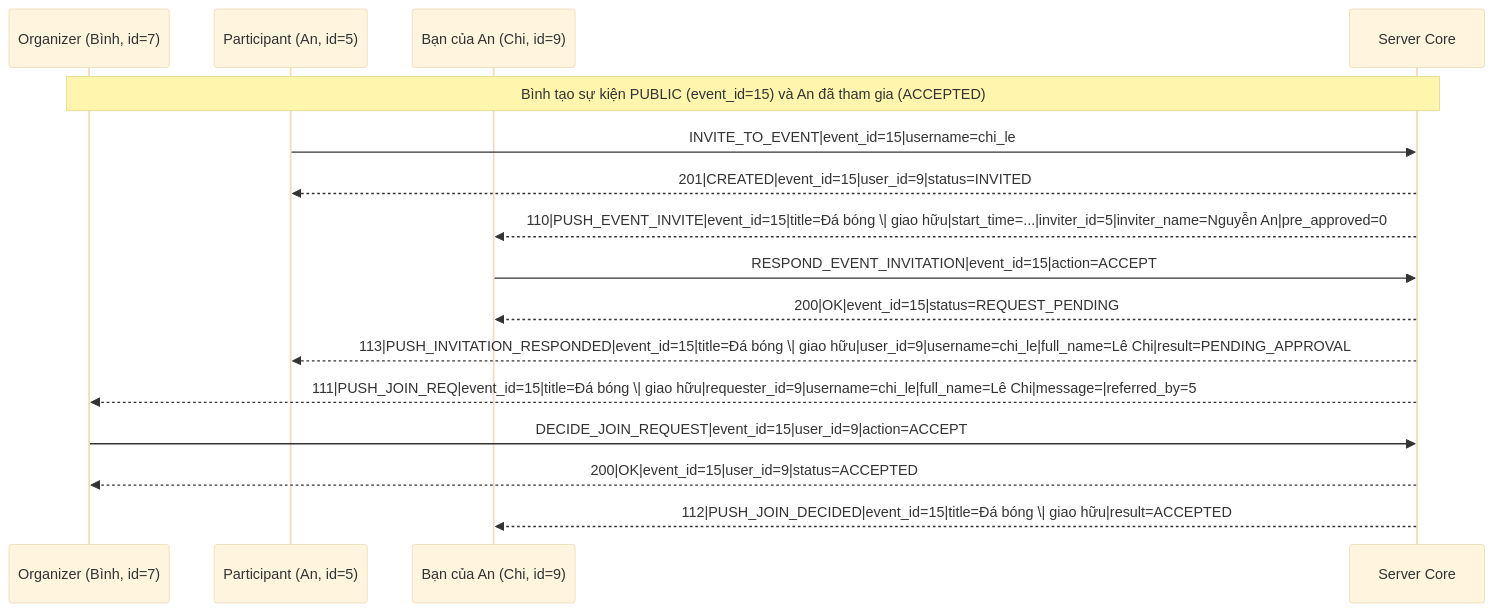
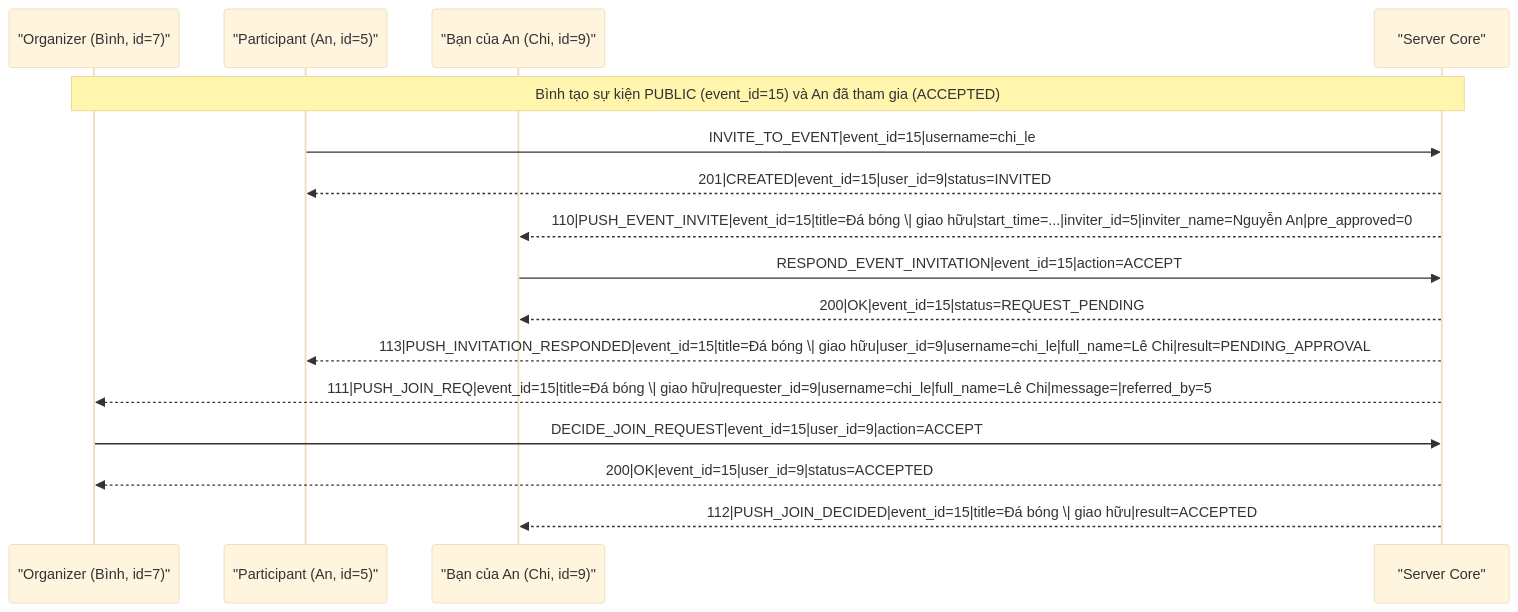
One commit to SonNX24042005/eventora changed the third of 3 diagrams in docs/PROTOCOL_SPEC.md. Above: the diagram before and after it, drawn with Mermaid (base theme). The commit also changed other lines of this file and 2 other files, not shown here.

````diff
--- a/docs/PROTOCOL_SPEC.md
+++ b/docs/PROTOCOL_SPEC.md
@@ -1015,21 +1023,21 @@
 ```mermaid
 sequenceDiagram
-    participant O as Organizer (Bình, id=7)
-    participant P as Participant (An, id=5)
-    participant U as Bạn của An (Chi, id=9)
-    participant S as Server Core
+    participant O as "Organizer (Bình, id=7)"
+    participant P as "Participant (An, id=5)"
+    participant U as "Bạn của An (Chi, id=9)"
+    participant S as "Server Core"
 
     Note over O,S: Bình tạo sự kiện PUBLIC (event_id=15) và An đã tham gia (ACCEPTED)
     P->>S: INVITE_TO_EVENT|event_id=15|username=chi_le
     S-->>P: 201|CREATED|event_id=15|user_id=9|status=INVITED
     S-->>U: 110|PUSH_EVENT_INVITE|event_id=15|title=Đá bóng \| giao hữu|start_time=...|inviter_id=5|inviter_name=Nguyễn An|pre_approved=0
 
     U->>S: RESPOND_EVENT_INVITATION|event_id=15|action=ACCEPT
     S-->>U: 200|OK|event_id=15|status=REQUEST_PENDING
     S-->>P: 113|PUSH_INVITATION_RESPONDED|event_id=15|title=Đá bóng \| giao hữu|user_id=9|username=chi_le|full_name=Lê Chi|result=PENDING_APPROVAL
     S-->>O: 111|PUSH_JOIN_REQ|event_id=15|title=Đá bóng \| giao hữu|requester_id=9|username=chi_le|full_name=Lê Chi|message=|referred_by=5
 
     O->>S: DECIDE_JOIN_REQUEST|event_id=15|user_id=9|action=ACCEPT
     S-->>O: 200|OK|event_id=15|user_id=9|status=ACCEPTED
     S-->>U: 112|PUSH_JOIN_DECIDED|event_id=15|title=Đá bóng \| giao hữu|result=ACCEPTED
 ```
````
